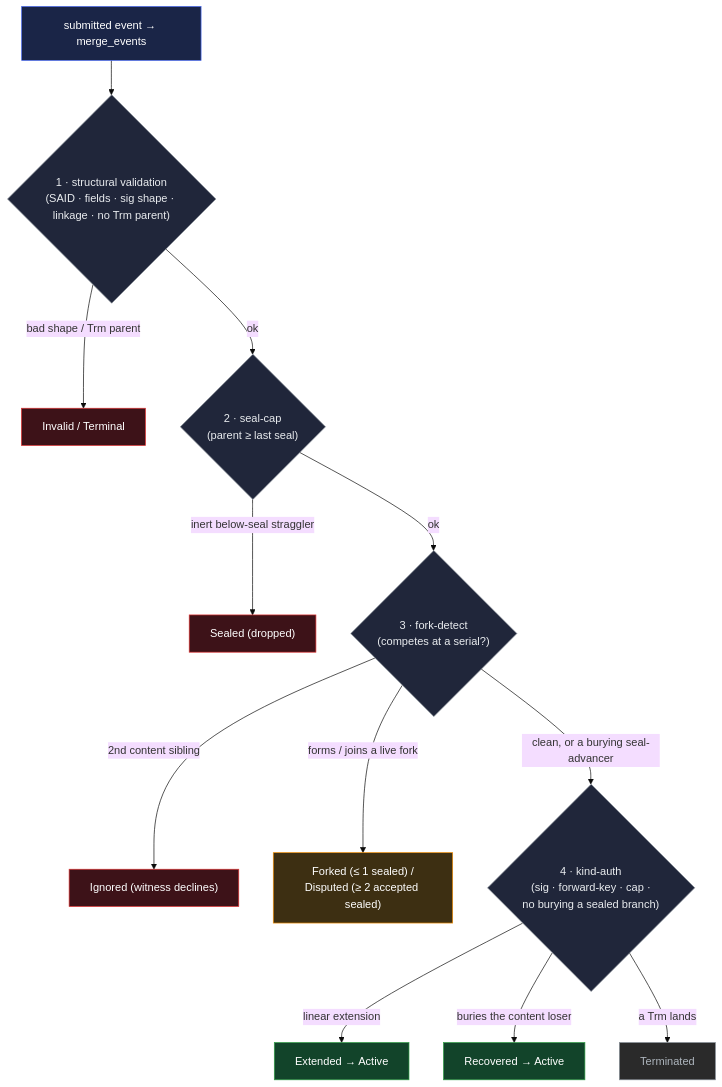
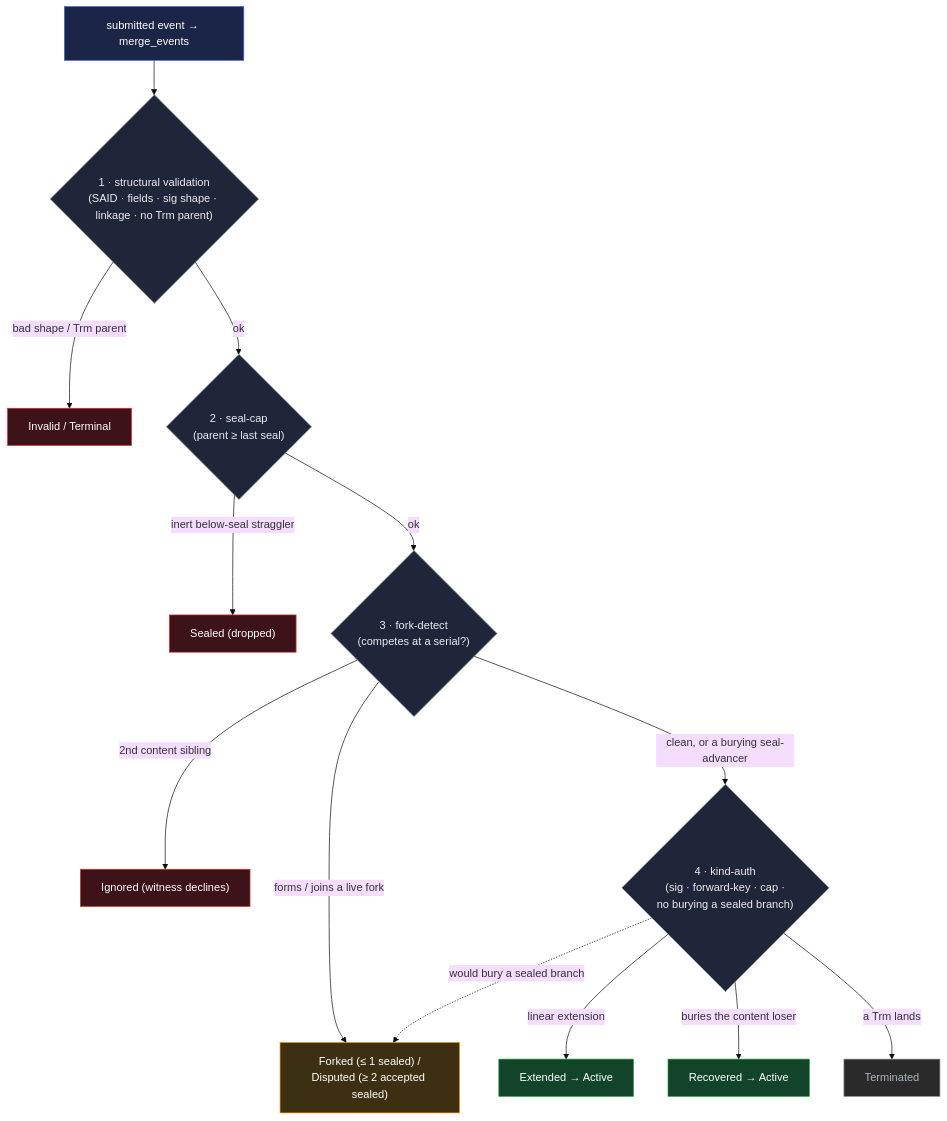
Before and after one commit to jasoncolburne/vdti: the diagram in docs/design/primitives/data/event-logs/kel/merge.md, drawn with Mermaid (base theme). The commit also changed 5 other files, not shown here.

````diff
--- a/docs/design/primitives/data/event-logs/kel/merge.md
+++ b/docs/design/primitives/data/event-logs/kel/merge.md
@@ -106,21 +106,22 @@
 ```mermaid
 flowchart TD
   ev["submitted event → merge_events"]:::start
   ev --> r1{"1 · structural validation<br/>(SAID · fields · sig shape · linkage · no Trm parent)"}:::q
   r1 -->|"bad shape / Trm parent"| x1["Invalid / Terminal"]:::bad
   r1 -->|ok| r2{"2 · seal-cap<br/>(parent ≥ last seal)"}:::q
   r2 -->|"inert below-seal straggler"| x2["Sealed (dropped)"]:::bad
   r2 -->|ok| r3{"3 · fork-detect<br/>(competes at a serial?)"}:::q
   r3 -->|"2nd content sibling"| x3["Ignored (witness declines)"]:::bad
   r3 -->|"forms / joins a live fork"| x4["Forked (≤ 1 sealed) /<br/>Disputed (≥ 2 accepted sealed)"]:::mid
   r3 -->|"clean, or a burying seal-advancer"| r4{"4 · kind-auth<br/>(sig · forward-key · cap ·<br/>no burying a sealed branch)"}:::q
   r4 -->|"linear extension"| ext["Extended → Active"]:::good
   r4 -->|"buries the content loser"| rec["Recovered → Active"]:::good
   r4 -->|"a Trm lands"| term["Terminated"]:::dead
+  r4 -.->|"would bury a sealed branch"| x4
   classDef start fill:#1a2547,stroke:#4263eb,color:#fff
   classDef q fill:#20263a,stroke:#868e96,color:#e9ecef
   classDef good fill:#12442a,stroke:#2f9e44,color:#fff
   classDef mid fill:#3d2f12,stroke:#f08c00,color:#fff
   classDef bad fill:#3d1218,stroke:#e03131,color:#fff
   classDef dead fill:#2a2a2a,stroke:#868e96,color:#adb5bd
 ```
````
